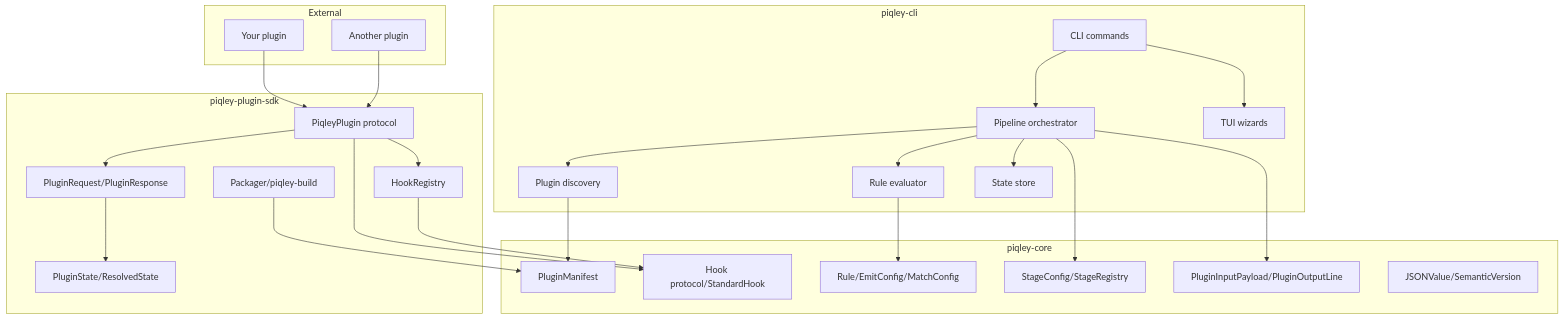
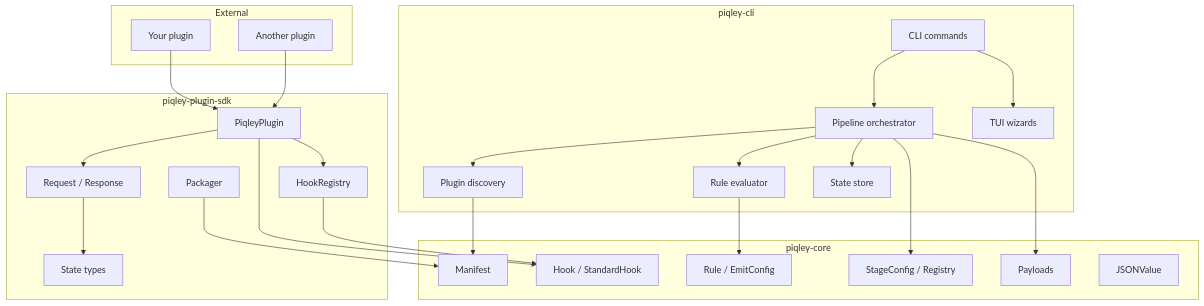
One commit to josephquigley/piqley-cli changed the first of 2 diagrams in docs/architecture/overview.md. Above: the diagram before and after it, drawn with Mermaid. The commit also changed 4 other files, not shown here.

First line of the commit message:
fix: shorten mermaid diagram labels to prevent clipping

````diff
--- a/docs/architecture/overview.md
+++ b/docs/architecture/overview.md
@@ -7,51 +7,51 @@
 ```mermaid
 graph TB
   subgraph External
     YP["Your plugin"]
     AP["Another plugin"]
   end
 
   subgraph piqley-cli
     CLI["CLI commands"]
     Orch["Pipeline orchestrator"]
     TUI["TUI wizards"]
     Disc["Plugin discovery"]
     Eval["Rule evaluator"]
     Store["State store"]
   end
 
   subgraph piqley-plugin-sdk
-    Proto["PiqleyPlugin protocol"]
+    Proto["PiqleyPlugin"]
     HookReg["HookRegistry"]
-    Req["PluginRequest/PluginResponse"]
-    State["PluginState/ResolvedState"]
-    Pack["Packager/piqley-build"]
+    Req["Request / Response"]
+    State["State types"]
+    Pack["Packager"]
   end
 
   subgraph piqley-core
-    Manifest["PluginManifest"]
-    HookProto["Hook protocol/StandardHook"]
-    Rules["Rule/EmitConfig/MatchConfig"]
-    Stages["StageConfig/StageRegistry"]
-    Payload["PluginInputPayload/PluginOutputLine"]
-    JSON["JSONValue/SemanticVersion"]
+    Manifest["Manifest"]
+    HookProto["Hook / StandardHook"]
+    Rules["Rule / EmitConfig"]
+    Stages["StageConfig / Registry"]
+    Payload["Payloads"]
+    JSON["JSONValue"]
   end
 
   YP --> Proto
   AP --> Proto
   CLI --> Orch
   CLI --> TUI
   Orch --> Disc
   Orch --> Eval
   Orch --> Store
   Proto --> HookReg
   Proto --> Req
   Req --> State
   Disc --> Manifest
   Eval --> Rules
   Orch --> Stages
   Orch --> Payload
   Proto --> HookProto
   HookReg --> HookProto
   Pack --> Manifest
 ```
````
